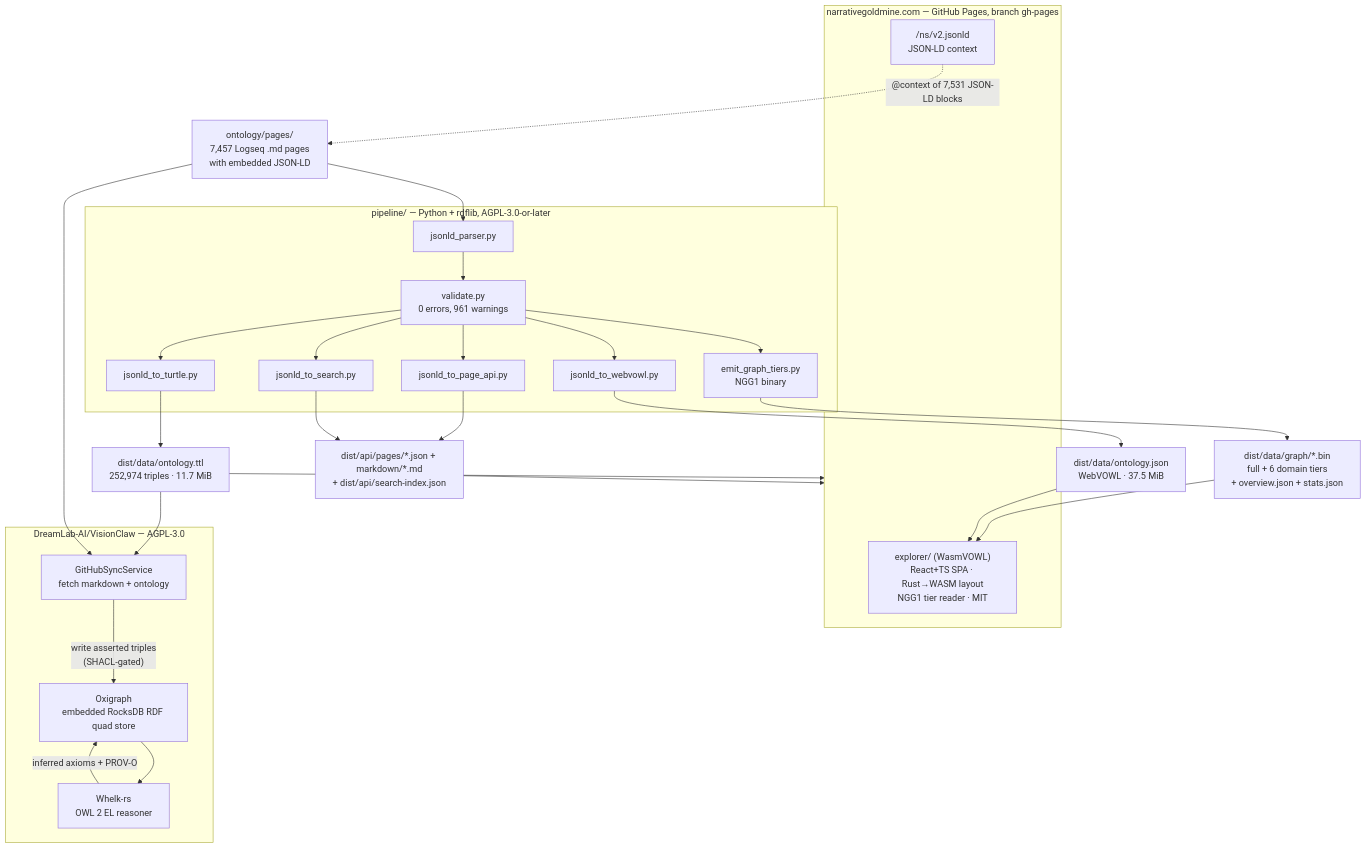
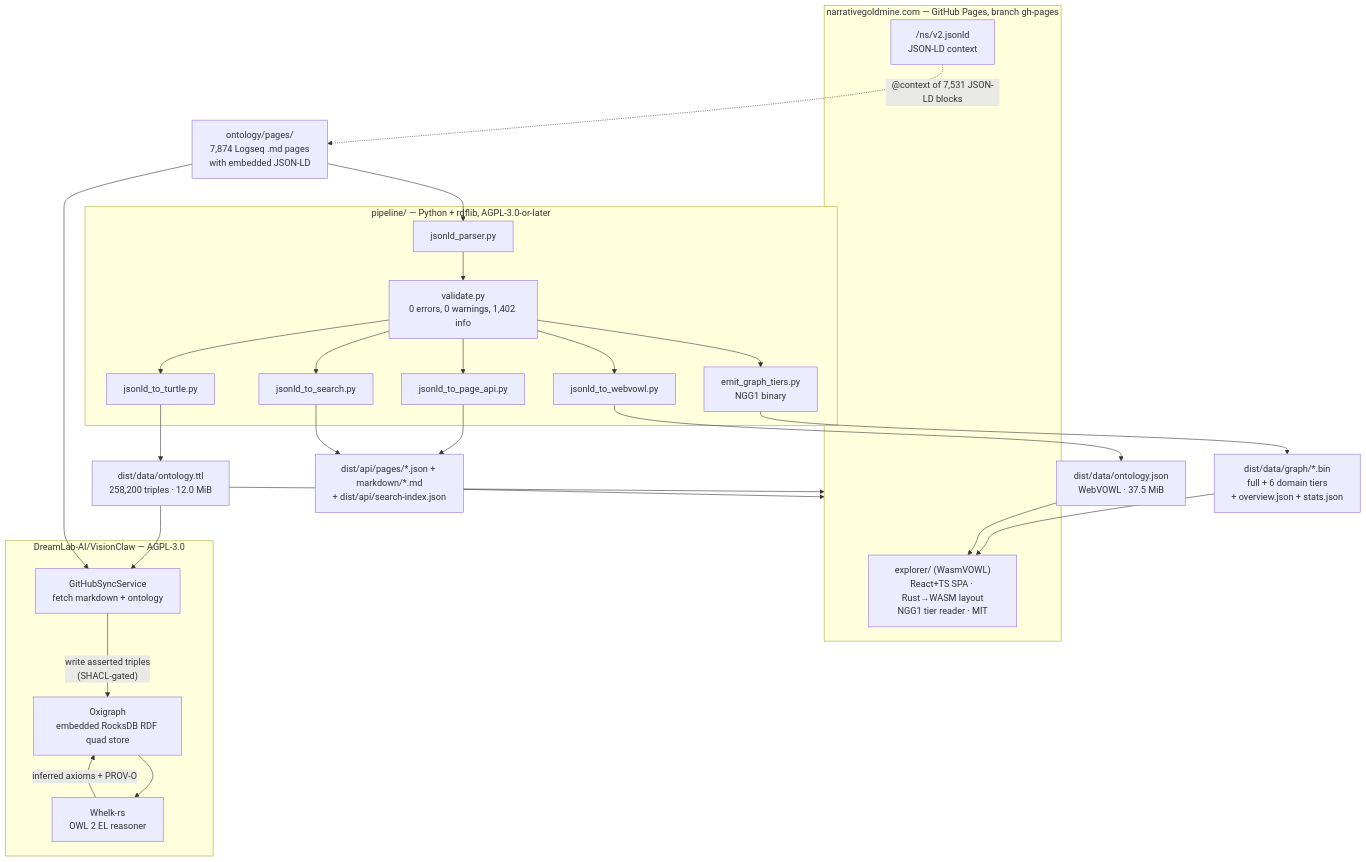
One commit to DreamLab-AI/knowledgeGraph changed the diagram in docs/ecosystem.md. Above: the diagram before and after it, drawn with Mermaid. The commit also changed other lines of this file and 1033 other files, not shown here.

````diff
--- a/docs/ecosystem.md
+++ b/docs/ecosystem.md
@@ -41,49 +41,49 @@
 ```mermaid
 flowchart TD
-    SRC["ontology/pages/<br/>7,457 Logseq .md pages<br/>with embedded JSON-LD"]
+    SRC["ontology/pages/<br/>7,874 Logseq .md pages<br/>with embedded JSON-LD"]
 
     subgraph PIPE["pipeline/ — Python + rdflib, AGPL-3.0-or-later"]
-        P1["jsonld_parser.py"] --> P2["validate.py<br/>0 errors, 961 warnings"]
+        P1["jsonld_parser.py"] --> P2["validate.py<br/>0 errors, 0 warnings, 1,402 info"]
         P2 --> P3["jsonld_to_turtle.py"]
         P2 --> P4["jsonld_to_webvowl.py"]
         P2 --> P5["jsonld_to_page_api.py"]
         P2 --> P6["jsonld_to_search.py"]
         P2 --> P7["emit_graph_tiers.py<br/>NGG1 binary"]
     end
 
     SRC --> P1
 
-    TTL["dist/data/ontology.ttl<br/>252,974 triples · 11.7 MiB"]
+    TTL["dist/data/ontology.ttl<br/>258,200 triples · 12.0 MiB"]
     VOWL["dist/data/ontology.json<br/>WebVOWL · 37.5 MiB"]
     TIERS["dist/data/graph/*.bin<br/>full + 6 domain tiers<br/>+ overview.json + stats.json"]
     API["dist/api/pages/*.json + markdown/*.md<br/>+ dist/api/search-index.json"]
 
     P3 --> TTL
     P4 --> VOWL
     P7 --> TIERS
     P5 --> API
     P6 --> API
 
     subgraph SITE["narrativegoldmine.com — GitHub Pages, branch gh-pages"]
         EXP["explorer/ (WasmVOWL)<br/>React+TS SPA · Rust→WASM layout<br/>NGG1 tier reader · MIT"]
         CTX["/ns/v2.jsonld<br/>JSON-LD context"]
     end
 
     TIERS --> EXP
     VOWL --> EXP
     API --> SITE
     TTL --> SITE
     CTX -.->|"@context of 7,531 JSON-LD blocks"| SRC
 
     subgraph VC["DreamLab-AI/VisionClaw — AGPL-3.0"]
         SYNC["GitHubSyncService<br/>fetch markdown + ontology"]
         OXI["Oxigraph<br/>embedded RocksDB RDF quad store"]
         WHELK["Whelk-rs<br/>OWL 2 EL reasoner"]
         SYNC -->|"write asserted triples<br/>(SHACL-gated)"| OXI
         OXI --> WHELK
         WHELK -->|"inferred axioms + PROV-O"| OXI
     end
 
     TTL --> SYNC
     SRC --> SYNC
 ```
````
